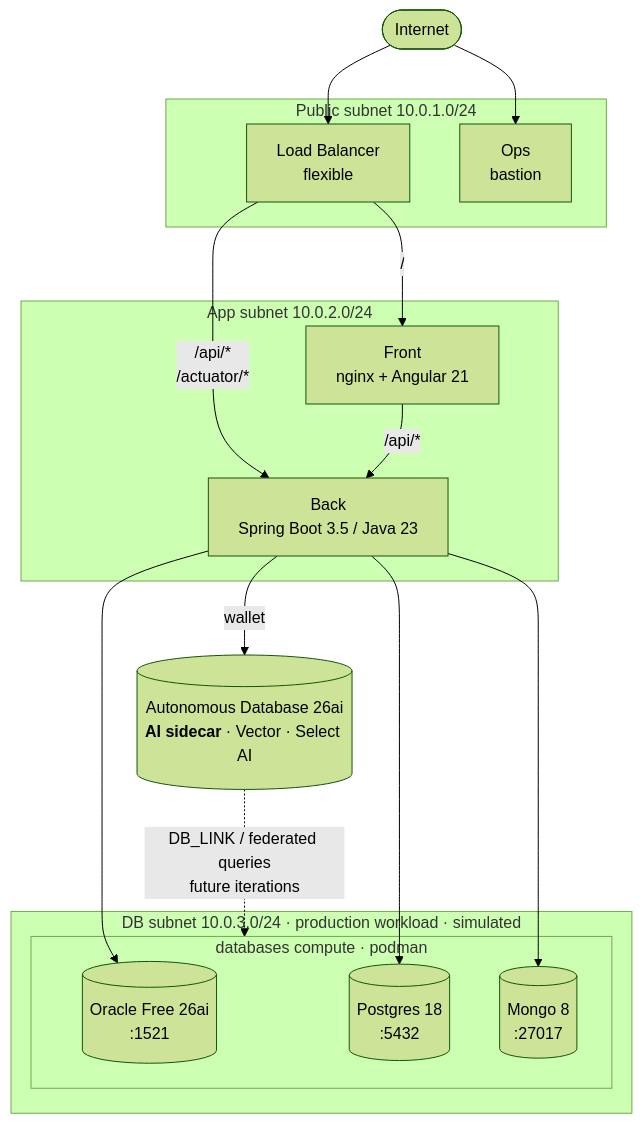
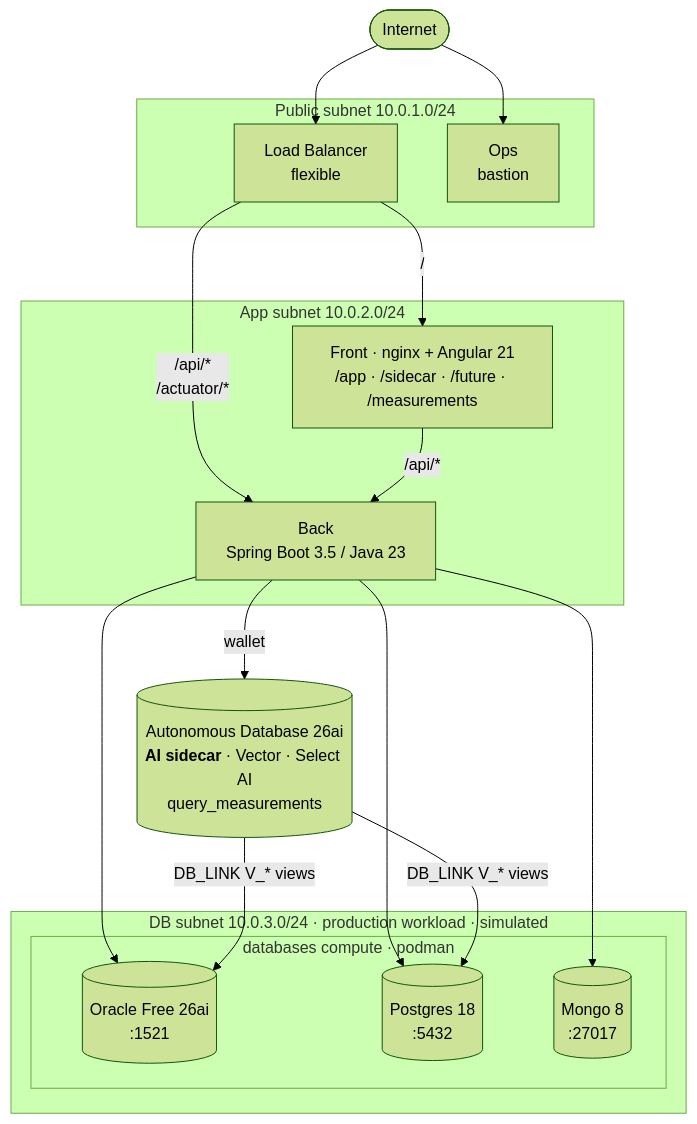
One commit to vmleon/oracle-adb-sidecar-architecture changed the diagram in README.md. Above: the diagram before and after it, drawn with Mermaid (forest theme). The commit also changed other lines of this file, not shown here.

Commit message:
docs(readme): reframe for coexistence pattern + 4 routes + measurements

````diff
--- a/README.md
+++ b/README.md
@@ -22,35 +25,36 @@
 ```mermaid
 flowchart TB
     internet([Internet])
 
     subgraph public [Public subnet 10.0.1.0/24]
         lb[Load Balancer<br/>flexible]
         ops[Ops<br/>bastion]
     end
 
     subgraph appnet [App subnet 10.0.2.0/24]
-        front[Front<br/>nginx + Angular 21]
+        front["Front · nginx + Angular 21<br/>/app · /sidecar · /future · /measurements"]
         back[Back<br/>Spring Boot 3.5 / Java 23]
     end
 
     subgraph dbnet [DB subnet 10.0.3.0/24 · production workload · simulated]
         subgraph databases [databases compute · podman]
             oracle[(Oracle Free 26ai<br/>:1521)]
             postgres[(Postgres 18<br/>:5432)]
             mongo[(Mongo 8<br/>:27017)]
         end
     end
 
-    adb[(Autonomous Database 26ai<br/><b>AI sidecar</b> · Vector · Select AI)]
+    adb[(Autonomous Database 26ai<br/><b>AI sidecar</b> · Vector · Select AI<br/>query_measurements)]
 
     internet --> lb
     internet --> ops
     lb -->|/| front
     lb -->|/api/*<br/>/actuator/*| back
     front -->|/api/*| back
     back -->|wallet| adb
     back --> oracle
     back --> postgres
     back --> mongo
-    adb -.->|DB_LINK / federated queries<br/>future iterations| databases
+    adb -->|DB_LINK V_* views| oracle
+    adb -->|DB_LINK V_* views| postgres
 ```
````
